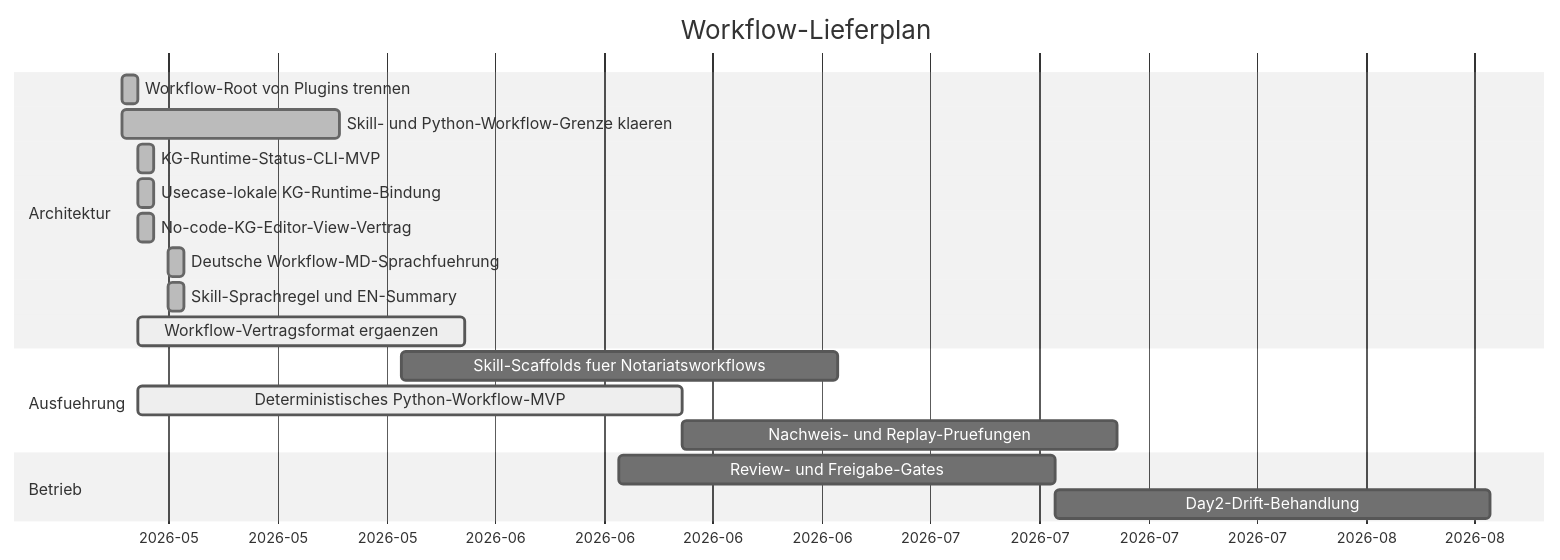
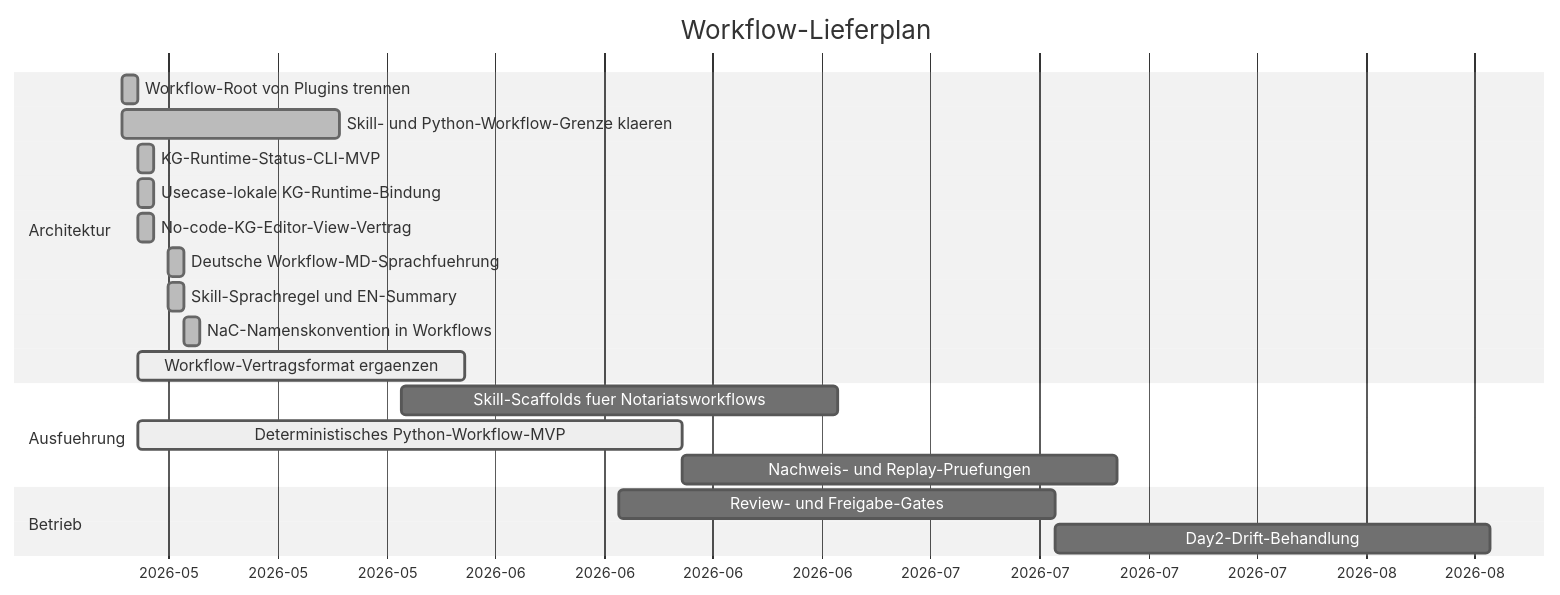
The diagram in workflows/GANTT.md (notariat8/NaC), drawn with Mermaid (neutral theme) before and after one commit. The commit also changed other lines of this file and 333 other files, not shown here.

````diff
--- a/workflows/GANTT.md
+++ b/workflows/GANTT.md
@@ -5,25 +5,26 @@
 ```mermaid
 gantt
     title Workflow-Lieferplan
     dateFormat  YYYY-MM-DD
     axisFormat  %Y-%m
 
     section Architektur
     Workflow-Root von Plugins trennen          :done,   w1, 2026-05-14, 1d
     Skill- und Python-Workflow-Grenze klaeren  :done,   w2, 2026-05-14, 14d
     KG-Runtime-Status-CLI-MVP                  :done,   w3, 2026-05-15, 1d
     Usecase-lokale KG-Runtime-Bindung          :done,   w3a, 2026-05-15, 1d
     No-code-KG-Editor-View-Vertrag             :done,   w4a, 2026-05-15, 1d
     Deutsche Workflow-MD-Sprachfuehrung        :done,   w4b, 2026-05-17, 1d
     Skill-Sprachregel und EN-Summary            :done,   w4c, 2026-05-17, 1d
+    NaC-Namenskonvention in Workflows           :done,   w4d, 2026-05-18, 1d
     Workflow-Vertragsformat ergaenzen          :active, w4, 2026-05-15, 21d
 
     section Ausfuehrung
     Skill-Scaffolds fuer Notariatsworkflows    :        w5, 2026-06-01, 28d
     Deterministisches Python-Workflow-MVP      :active, w6, 2026-05-15, 35d
     Nachweis- und Replay-Pruefungen            :        w7, after w6, 28d
 
     section Betrieb
     Review- und Freigabe-Gates                 :        w8, 2026-06-15, 28d
     Day2-Drift-Behandlung                      :        w9, after w8, 28d
 ```
````
